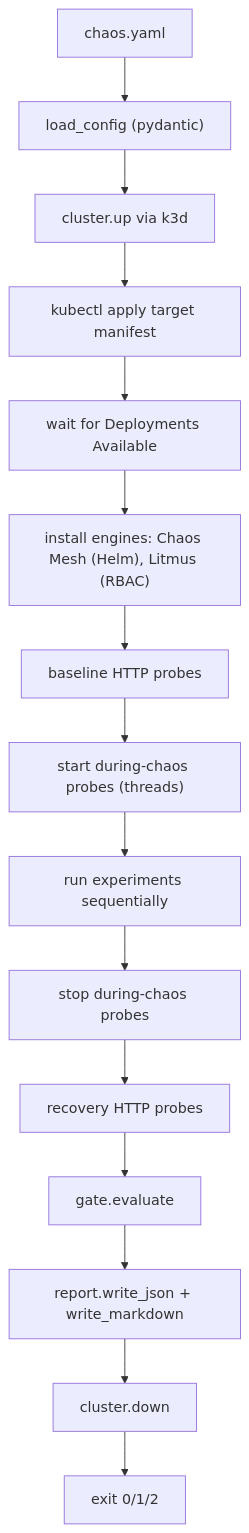
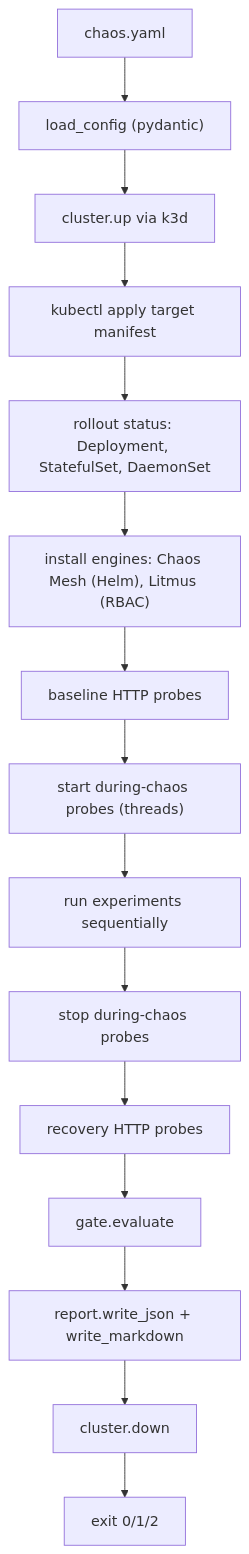
One commit to sanjeev0120test/chaos-ci-runner changed the diagram in docs/architecture.md. Above: the diagram before and after it, drawn with Mermaid. The commit also changed other lines of this file and 1 other file, not shown here.

````diff
--- a/docs/architecture.md
+++ b/docs/architecture.md
@@ -27,17 +29,17 @@
 ```mermaid
 flowchart TD
     A["chaos.yaml"] --> B["load_config (pydantic)"]
     B --> C["cluster.up via k3d"]
     C --> D["kubectl apply target manifest"]
-    D --> E["wait for Deployments Available"]
+    D --> E["rollout status: Deployment, StatefulSet, DaemonSet"]
     E --> F["install engines: Chaos Mesh (Helm), Litmus (RBAC)"]
     F --> G["baseline HTTP probes"]
     G --> H["start during-chaos probes (threads)"]
     H --> I["run experiments sequentially"]
     I --> J["stop during-chaos probes"]
     J --> K["recovery HTTP probes"]
     K --> L["gate.evaluate"]
     L --> M["report.write_json + write_markdown"]
     M --> N["cluster.down"]
     N --> O["exit 0/1/2"]
 ```
````
